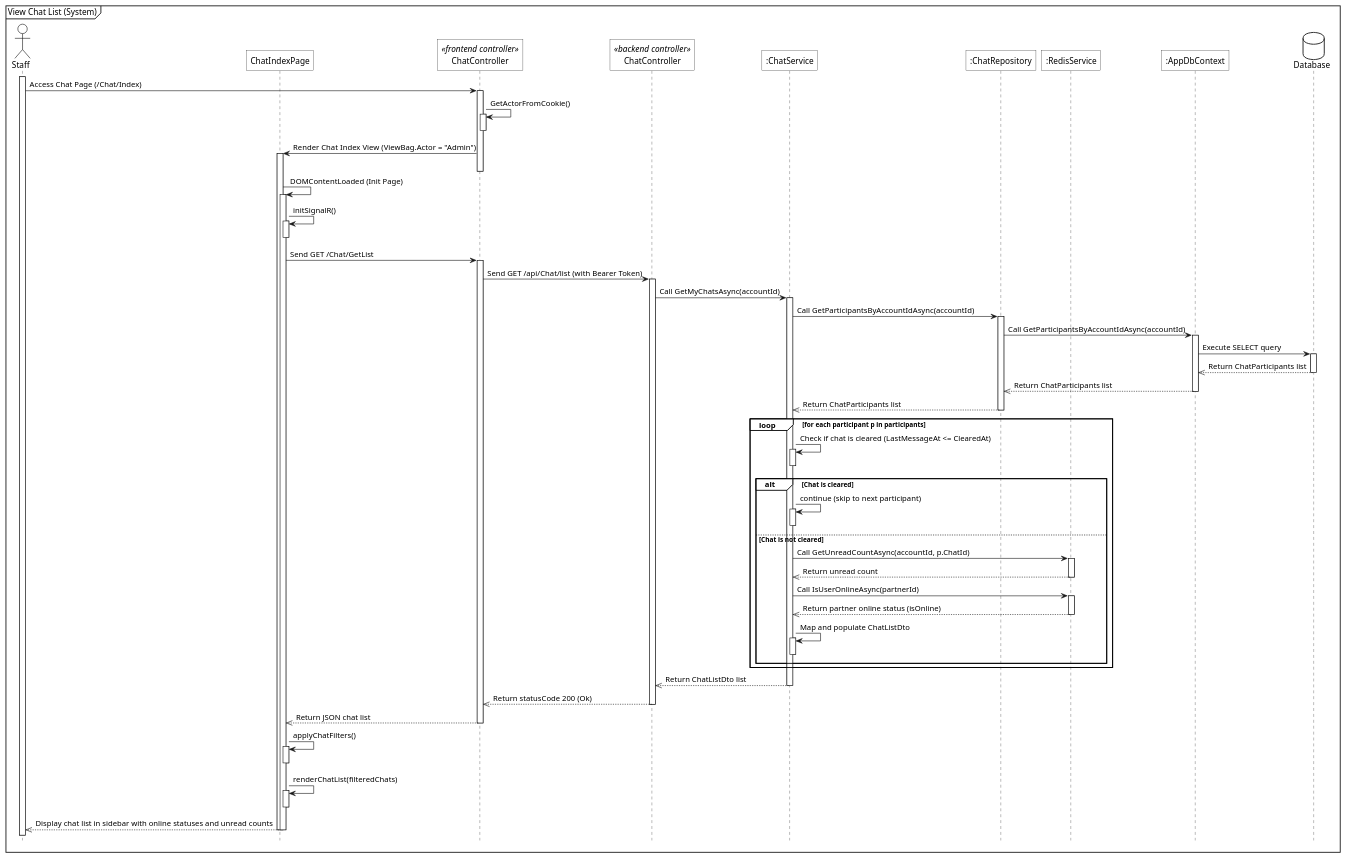
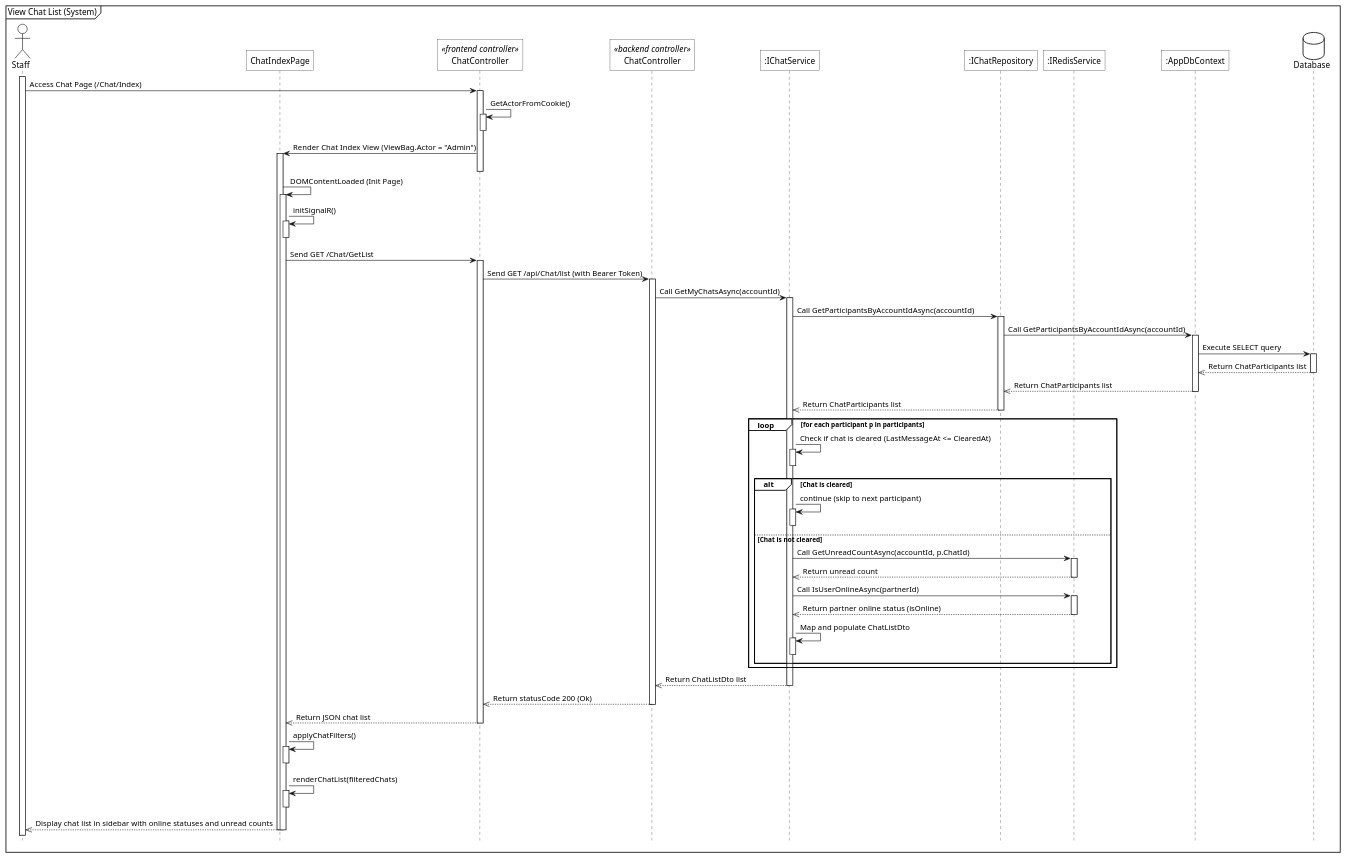
One commit to 1000do/Linked changed the diagram in diagrams/sequence/manage_chat/sq_view_chat_list_system.plantuml. Above: the diagram before and after it, drawn with PlantUML. The commit also changed 24 other files, not shown here.

Commit message:
feat: generate sequence diagrams for system features and implement a migration script to standardize diagram naming and error handling patterns

```diff
--- a/diagrams/sequence/manage_chat/sq_view_chat_list_system.plantuml
+++ b/diagrams/sequence/manage_chat/sq_view_chat_list_system.plantuml
@@ -1,97 +1,97 @@
 @startuml
 <style>
     sequenceDiagram{
         actor{
             BackgroundColor white
             LineThickness 1.0
         }
         participant{
             BackgroundColor white
             RoundCorner 0
         }
         database{
             BackgroundColor white
         }
         groupHeader{
             BackgroundColor white
         }
         referenceHeader{
             BackgroundColor white
         }
         reference{
             BackgroundColor white
         }
     }
 </style>
 
 hide footbox
 
 mainframe View Chat List (System)
 
 actor Staff as act
 participant "ChatIndexPage" as view
 participant "ChatController" as fe_ctrl <<frontend controller>>
 participant "ChatController" as be_ctrl <<backend controller>>
-participant ":ChatService" as sv
-participant ":ChatRepository" as repo
-participant ":RedisService" as redis
+participant ":IChatService" as sv
+participant ":IChatRepository" as repo
+participant ":IRedisService" as redis
 participant ":AppDbContext" as ctx
 database Database as db
 
 act++
 act->fe_ctrl++: Access Chat Page (/Chat/Index)
 fe_ctrl->fe_ctrl++: GetActorFromCookie()
 fe_ctrl--
 
 fe_ctrl->view++: Render Chat Index View (ViewBag.Actor = "Admin")
 fe_ctrl--
 
 view->view++: DOMContentLoaded (Init Page)
 view->view++: initSignalR()
 view--
 
 view->fe_ctrl++: Send GET /Chat/GetList
 fe_ctrl->be_ctrl++: Send GET /api/Chat/list (with Bearer Token)
 
 be_ctrl->sv++: Call GetMyChatsAsync(accountId)
 
 sv->repo++: Call GetParticipantsByAccountIdAsync(accountId)
 repo->ctx++: Call GetParticipantsByAccountIdAsync(accountId)
 ctx->db++: Execute SELECT query
 
 db-->>ctx--: Return ChatParticipants list
 ctx-->>repo--: Return ChatParticipants list
 repo-->>sv--: Return ChatParticipants list
 
 loop for each participant p in participants
     sv->sv++: Check if chat is cleared (LastMessageAt <= ClearedAt)
     sv--
     
     alt Chat is cleared
         sv->sv++: continue (skip to next participant)
         sv--
     else Chat is not cleared
         sv->redis++: Call GetUnreadCountAsync(accountId, p.ChatId)
         redis-->>sv--: Return unread count
         
         sv->redis++: Call IsUserOnlineAsync(partnerId)
         redis-->>sv--: Return partner online status (isOnline)
         
         sv->sv++: Map and populate ChatListDto
         sv--
     end
 end
 
 sv-->>be_ctrl--: Return ChatListDto list
 be_ctrl-->>fe_ctrl--: Return statusCode 200 (Ok)
 fe_ctrl-->>view--: Return JSON chat list
 
 view->view++: applyChatFilters()
 view--
 view->view++: renderChatList(filteredChats)
 view--
 
 view-->>act--: Display chat list in sidebar with online statuses and unread counts
 deactivate view
 
 @enduml
```
